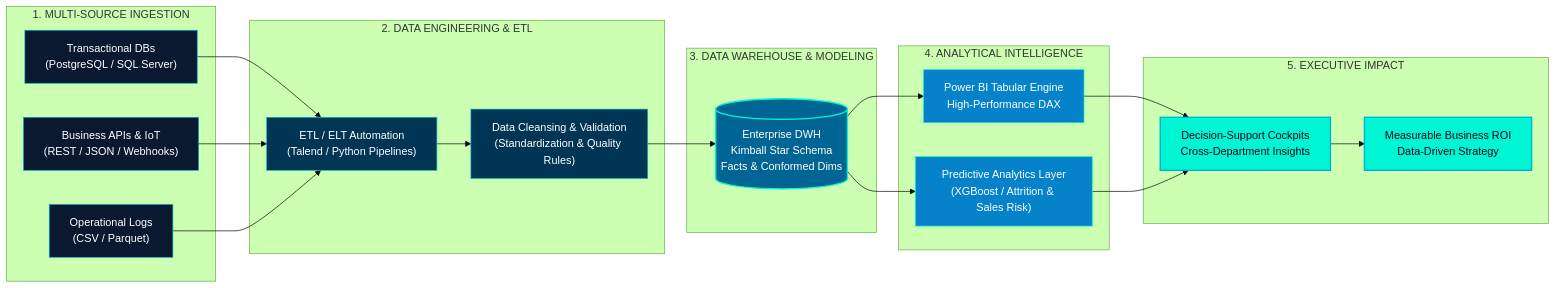
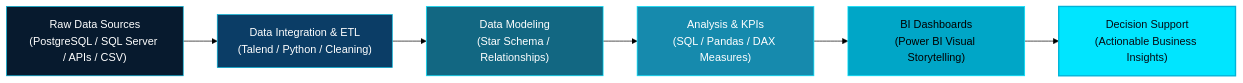
Before and after one commit to hazem897/hazem897: the diagram in README.md, drawn with Mermaid (forest theme). The commit also changed other lines of this file, not shown here.

````diff
--- a/README.md
+++ b/README.md
@@ -119,41 +70,15 @@
 ```mermaid
 flowchart LR
-    subgraph S1["1. MULTI-SOURCE INGESTION"]
-        A1["Transactional DBs<br/>(PostgreSQL / SQL Server)"]
-        A2["Business APIs & IoT<br/>(REST / JSON / Webhooks)"]
-        A3["Operational Logs<br/>(CSV / Parquet)"]
-    end
+    A["Raw Data Sources<br/>(PostgreSQL / SQL Server / APIs / CSV)"] --> B["Data Integration & ETL<br/>(Talend / Python / Cleaning)"]
+    B --> C["Data Modeling<br/>(Star Schema / Relationships)"]
+    C --> D["Analysis & KPIs<br/>(SQL / Pandas / DAX Measures)"]
+    D --> E["BI Dashboards<br/>(Power BI Visual Storytelling)"]
+    E --> F["Decision Support<br/>(Actionable Business Insights)"]
 
-    subgraph S2["2. DATA ENGINEERING & ETL"]
-        B1["ETL / ELT Automation<br/>(Talend / Python Pipelines)"]
-        B2["Data Cleansing & Validation<br/>(Standardization & Quality Rules)"]
-    end
-
-    subgraph S3["3. DATA WAREHOUSE & MODELING"]
-        C1[("Enterprise DWH<br/>Kimball Star Schema<br/>Facts & Conformed Dims")]
-    end
-
-    subgraph S4["4. ANALYTICAL INTELLIGENCE"]
-        D1["Power BI Tabular Engine<br/>High-Performance DAX"]
-        D2["Predictive Analytics Layer<br/>(XGBoost / Attrition & Sales Risk)"]
-    end
-
-    subgraph S5["5. EXECUTIVE IMPACT"]
-        E1["Decision-Support Cockpits<br/>Cross-Department Insights"]
-        E2["Measurable Business ROI<br/>Data-Driven Strategy"]
-    end
-
-    A1 & A2 & A3 --> B1 --> B2 --> C1 --> D1 & D2 --> E1 --> E2
-
-    classDef ing fill:#0A192F,stroke:#00B4D8,stroke-width:1px,color:#fff;
-    classDef eng fill:#003554,stroke:#00B4D8,stroke-width:1px,color:#fff;
-    classDef dwh fill:#006494,stroke:#00F5D4,stroke-width:2px,color:#fff;
-    classDef bi fill:#0582CA,stroke:#00F5D4,stroke-width:1px,color:#fff;
-    classDef val fill:#00F5D4,stroke:#00B4D8,stroke-width:2px,color:#020617;
-
-    class A1,A2,A3 ing;
-    class B1,B2 eng;
-    class C1 dwh;
-    class D1,D2 bi;
-    class E1,E2 val;
+    style A fill:#071A2E,stroke:#00B4D8,stroke-width:1px,color:#fff
+    style B fill:#0B3D66,stroke:#00B4D8,stroke-width:1px,color:#fff
+    style C fill:#126782,stroke:#00E5FF,stroke-width:1px,color:#fff
+    style D fill:#168AAD,stroke:#00E5FF,stroke-width:1px,color:#fff
+    style E fill:#00A6C7,stroke:#00E5FF,stroke-width:1px,color:#000
+    style F fill:#00E5FF,stroke:#00B4D8,stroke-width:2px,color:#050B14
 ```
````
